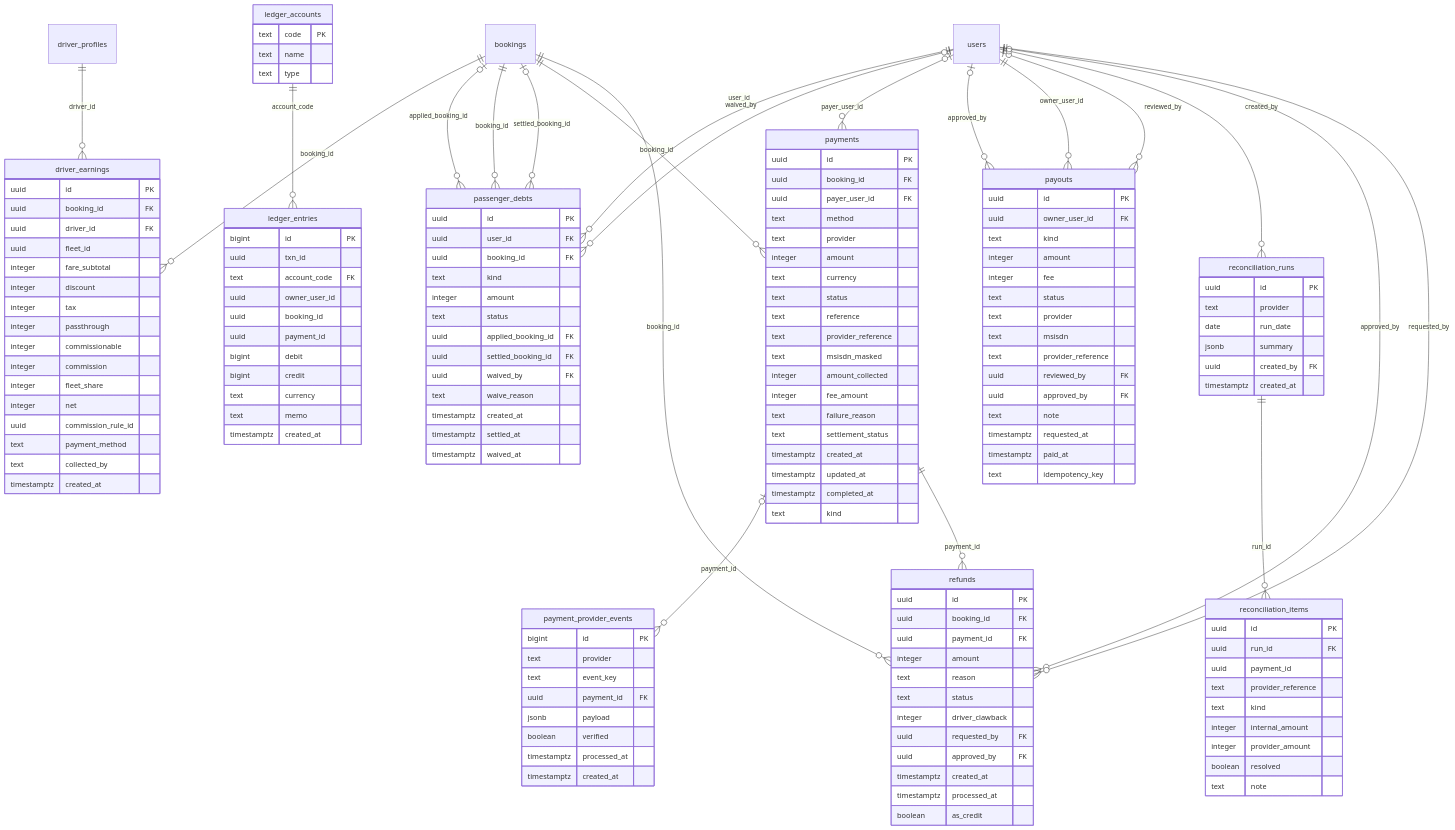
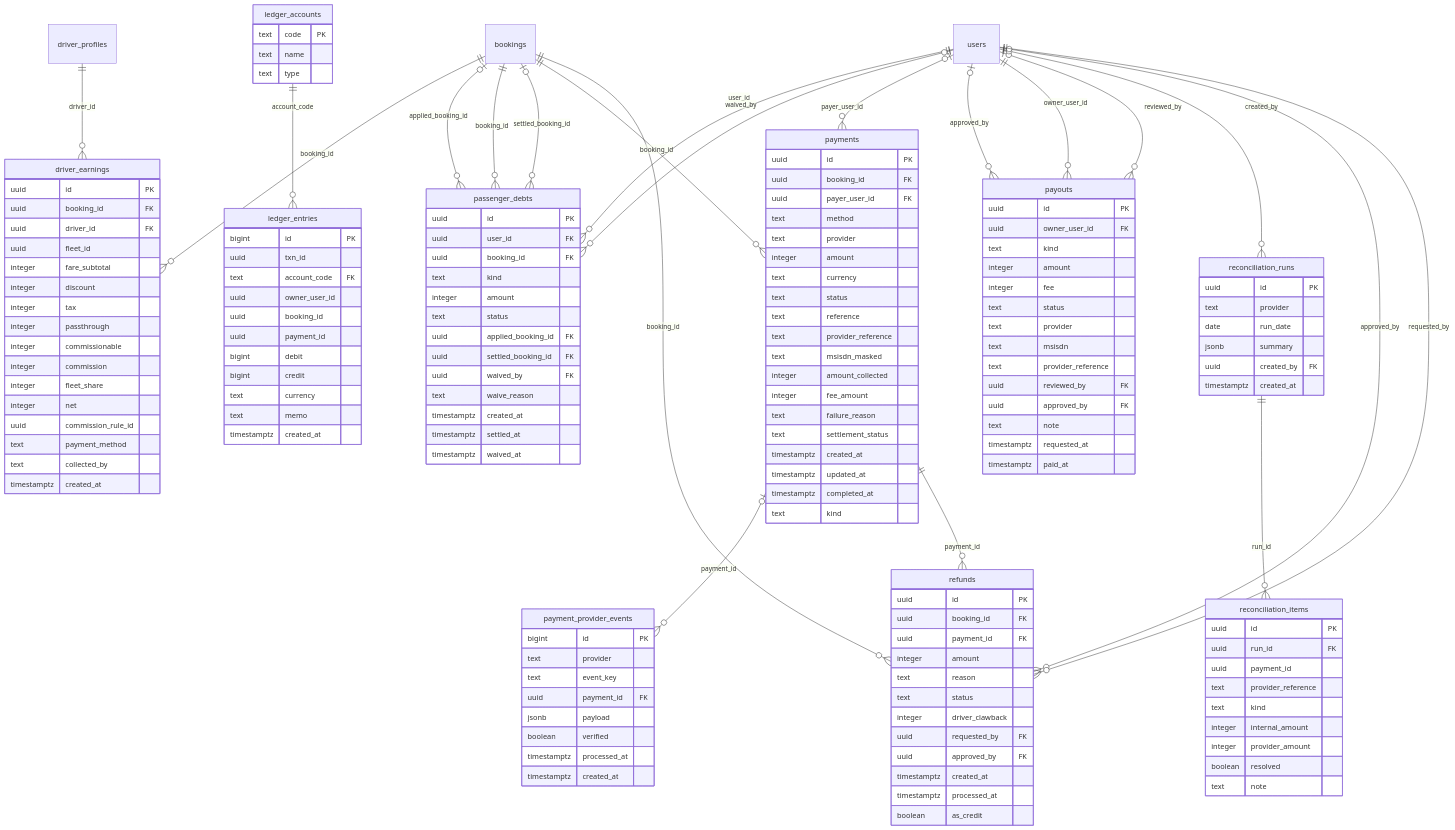
The eighth of 10 diagrams in rwanda-mobility/docs/ERD.md (Eribangi05/haifa-bms), drawn with Mermaid before and after one commit. The commit also changed other lines of this file and 164 other files, not shown here.

```diff
--- a/rwanda-mobility/docs/ERD.md
+++ b/rwanda-mobility/docs/ERD.md
@@ -1343,7 +1371,6 @@
     text note
     timestamptz requested_at
     timestamptz paid_at
-    text idempotency_key
   }
   refunds {
     uuid id PK
```
